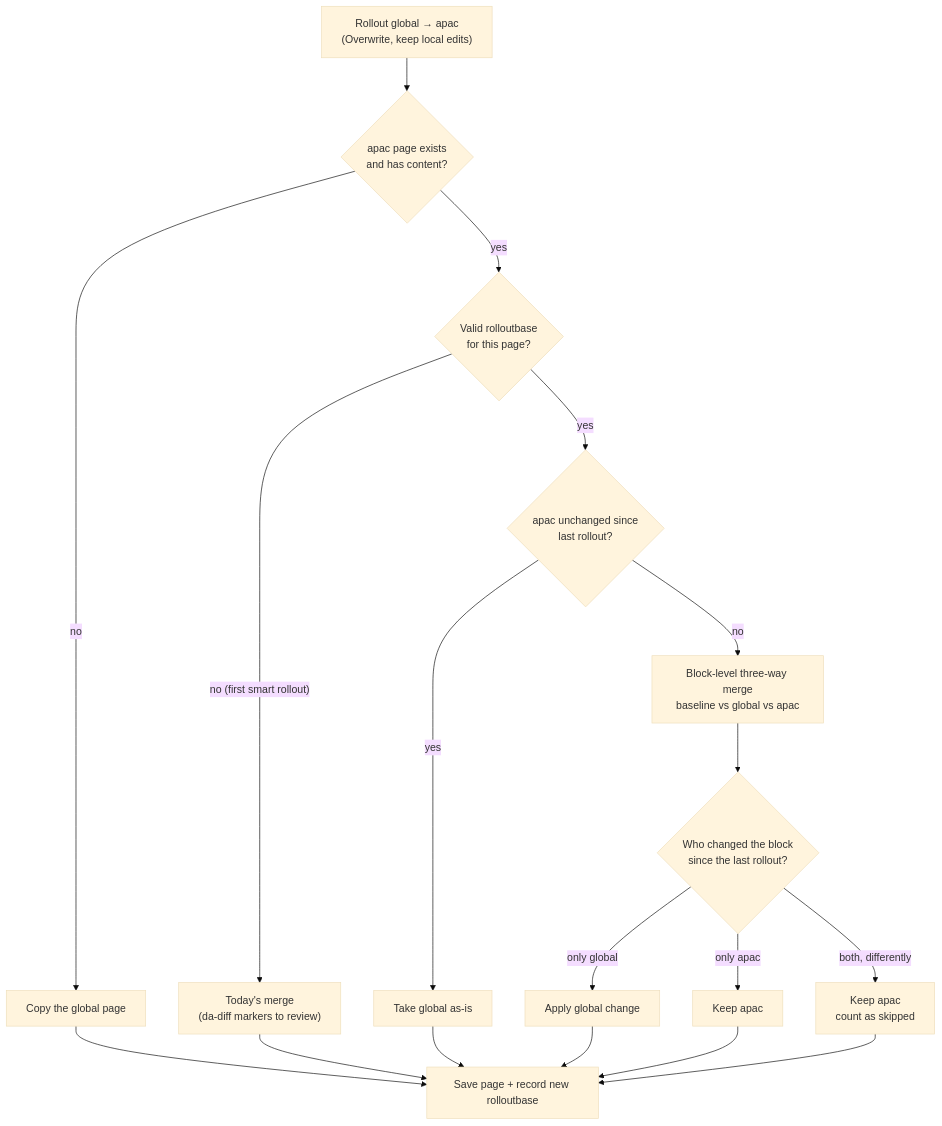
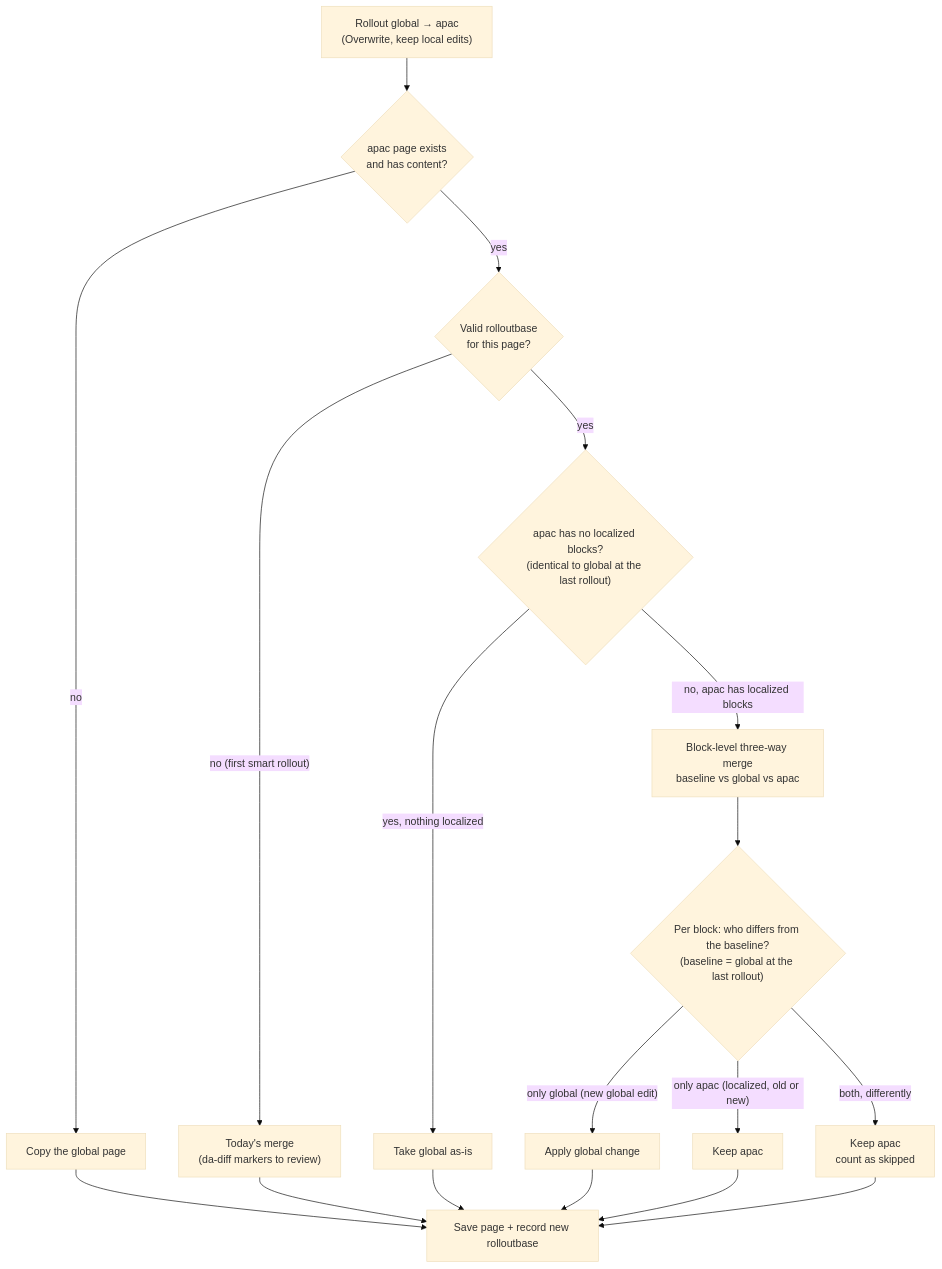
The diagram in docs/rollout-smart-overwrite.md (adobe/da-nx), drawn with Mermaid (base theme) before and after one commit. The commit also changed other lines of this file, not shown here.

Commit message:
docs(loc): clarify smart-overwrite diagram and baseline wording
- The shortcut fires only when apac has no localized blocks, not "unchanged since last rollout"
- Per-block step compares each block with the baseline (global at the last rollout)

````diff
--- a/docs/rollout-smart-overwrite.md
+++ b/docs/rollout-smart-overwrite.md
@@ -21,20 +21,20 @@
 ```mermaid
 flowchart TD
   start["Rollout global → apac<br/>(Overwrite, keep local edits)"] --> exists{"apac page exists<br/>and has content?"}
   exists -- "no" --> copy["Copy the global page"]
   exists -- "yes" --> base{"Valid rolloutbase<br/>for this page?"}
   base -- "no (first smart rollout)" --> merge["Today's merge<br/>(da-diff markers to review)"]
-  base -- "yes" --> unchanged{"apac unchanged since<br/>last rollout?"}
-  unchanged -- "yes" --> take["Take global as-is"]
-  unchanged -- "no" --> diff3["Block-level three-way merge<br/>baseline vs global vs apac"]
-  diff3 --> who{"Who changed the block<br/>since the last rollout?"}
-  who -- "only global" --> apply["Apply global change"]
-  who -- "only apac" --> keep["Keep apac"]
+  base -- "yes" --> unchanged{"apac has no localized blocks?<br/>(identical to global at the last rollout)"}
+  unchanged -- "yes, nothing localized" --> take["Take global as-is"]
+  unchanged -- "no, apac has localized blocks" --> diff3["Block-level three-way merge<br/>baseline vs global vs apac"]
+  diff3 --> who{"Per block: who differs from the baseline?<br/>(baseline = global at the last rollout)"}
+  who -- "only global (new global edit)" --> apply["Apply global change"]
+  who -- "only apac (localized, old or new)" --> keep["Keep apac"]
   who -- "both, differently" --> skip["Keep apac<br/>count as skipped"]
   copy --> save["Save page + record new rolloutbase"]
   merge --> save
   take --> save
   apply --> save
   keep --> save
   skip --> save
 ```
````
